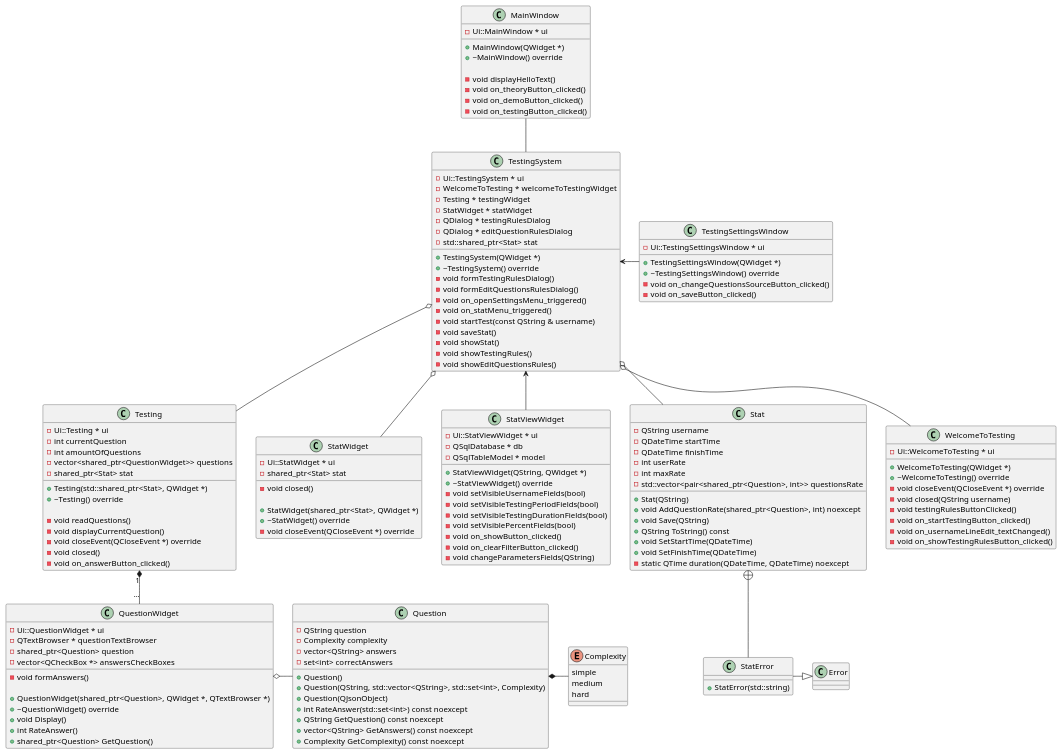
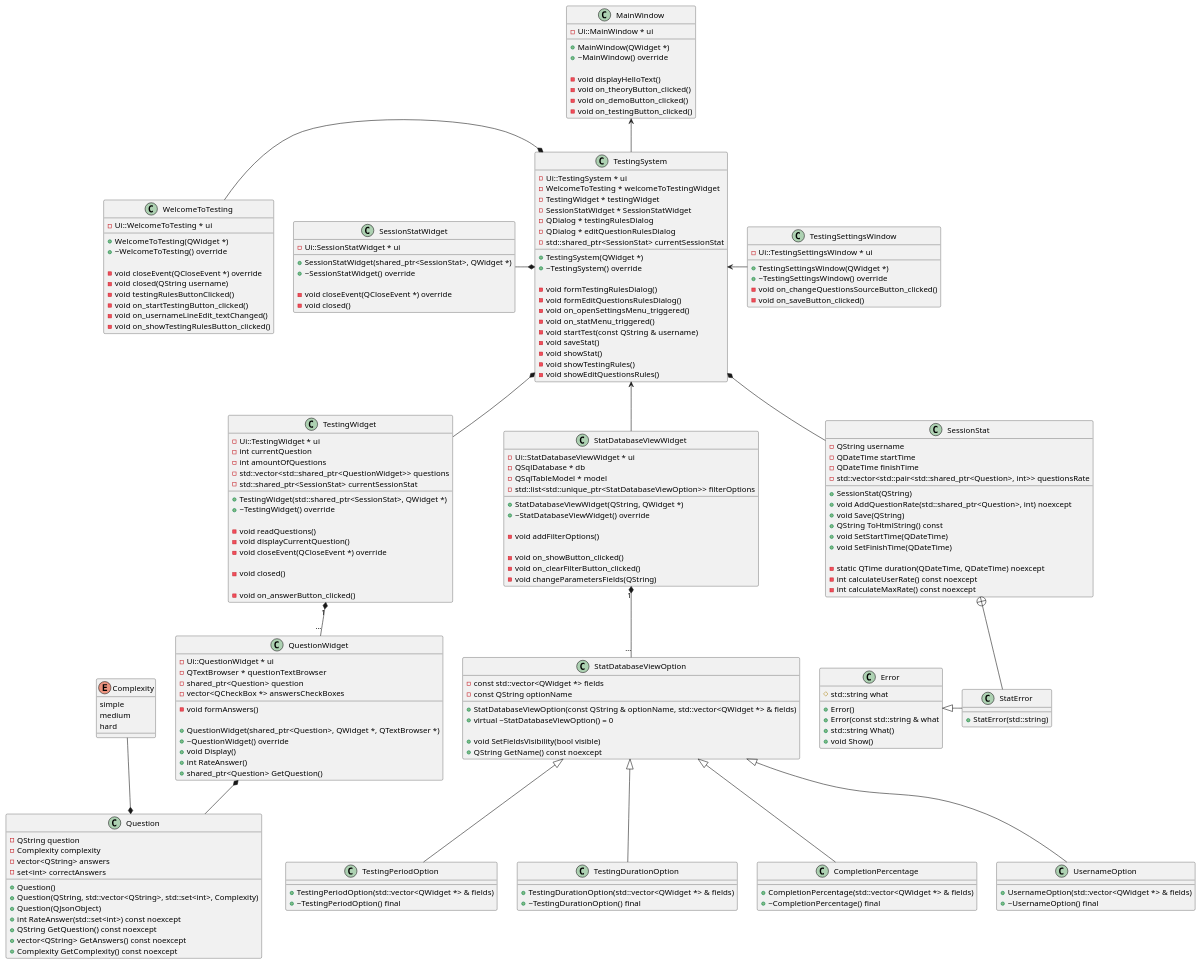
The diagram in doc/testing subsystem class.puml (vany152/Kruskal), drawn with PlantUML before and after one commit. The commit also changed 21 other files, not shown here.

```diff
--- a/doc/testing subsystem class.puml
+++ b/doc/testing subsystem class.puml
@@ -16,14 +16,15 @@
 class TestingSystem {
 	- Ui::TestingSystem * ui
 	- WelcomeToTesting * welcomeToTestingWidget
-	- Testing * testingWidget
-	- StatWidget * statWidget
+	- TestingWidget * testingWidget
+	- SessionStatWidget * SessionStatWidget
 	- QDialog * testingRulesDialog
     - QDialog * editQuestionRulesDialog
-	- std::shared_ptr<Stat> stat
+	- std::shared_ptr<SessionStat> currentSessionStat
 
 	+ TestingSystem(QWidget *)
 	+ ~TestingSystem() override
+
 	- void formTestingRulesDialog()
     - void formEditQuestionsRulesDialog()
 	- void on_openSettingsMenu_triggered()
@@ -34,7 +35,7 @@
 	- void showTestingRules()
     - void showEditQuestionsRules()
 }
-MainWindow -- TestingSystem
+MainWindow <-- TestingSystem
 
 class QuestionWidget {
 	- Ui::QuestionWidget * ui
@@ -49,7 +50,7 @@
 	+ int RateAnswer()
 	+ shared_ptr<Question> GetQuestion()
 }
-Testing "1" *-- "..." QuestionWidget
+TestingWidget "1" *-- "..." QuestionWidget
 
 enum Complexity {
     simple
@@ -70,66 +71,69 @@
 	+ vector<QString> GetAnswers() const noexcept
 	+ Complexity GetComplexity() const noexcept
 }
-Question *- Complexity
-QuestionWidget o- Question
+Question *-up- Complexity
+QuestionWidget *-- Question
 
-class StatWidget {
-    - Ui::StatWidget * ui
-	- shared_ptr<Stat> stat
+class SessionStatWidget {
+    - Ui::SessionStatWidget * ui
+
+	+ SessionStatWidget(shared_ptr<SessionStat>, QWidget *)
+	+ ~SessionStatWidget() override
+
+	- void closeEvent(QCloseEvent *) override
 	- void closed()
+}
+TestingSystem *-left- SessionStatWidget
 
-	+ StatWidget(shared_ptr<Stat>, QWidget *)
-	+ ~StatWidget() override
-	- void closeEvent(QCloseEvent *) override
-}
-TestingSystem o-- StatWidget
-
-class StatViewWidget {
-	- Ui::StatViewWidget * ui
+class StatDatabaseViewWidget {
+	- Ui::StatDatabaseViewWidget * ui
 	- QSqlDatabase * db
 	- QSqlTableModel * model
+	- std::list<std::unique_ptr<StatDatabaseViewOption>> filterOptions
 
-	+ StatViewWidget(QString, QWidget *)
-	+ ~StatViewWidget() override
-	- void setVisibleUsernameFields(bool)
-	- void setVisibleTestingPeriodFields(bool)
-	- void setVisibleTestingDurationFields(bool)
-	- void setVisiblePercentFields(bool)
+	+ StatDatabaseViewWidget(QString, QWidget *)
+	+ ~StatDatabaseViewWidget() override
+
+	- void addFilterOptions()
+
 	- void on_showButton_clicked()
 	- void on_clearFilterButton_clicked()
 	- void changeParametersFields(QString)
 }
-TestingSystem <-- StatViewWidget
+TestingSystem <-- StatDatabaseViewWidget
 
 class StatError {
     + StatError(std::string)
 }
-Error <|-left- StatError
-Stat +-- StatError
+Error <|-right- StatError
+SessionStat +-- StatError
 
-class Stat {
+class SessionStat {
 	- QString username
 	- QDateTime startTime
 	- QDateTime finishTime
-	- int userRate
-	- int maxRate
-	- std::vector<pair<shared_ptr<Question>, int>> questionsRate
+	- std::vector<std::pair<std::shared_ptr<Question>, int>> questionsRate
 
-	+ Stat(QString)
-	+ void AddQuestionRate(shared_ptr<Question>, int) noexcept
+	+ SessionStat(QString)
+	+ void AddQuestionRate(std::shared_ptr<Question>, int) noexcept
 	+ void Save(QString)
-	+ QString ToString() const
+	+ QString ToHtmlString() const
 	+ void SetStartTime(QDateTime)
 	+ void SetFinishTime(QDateTime)
+
 	- static QTime duration(QDateTime, QDateTime) noexcept
+	- int calculateUserRate() const noexcept
+	- int calculateMaxRate() const noexcept
 }
-TestingSystem o-- Stat
+
+TestingSystem *-- SessionStat
 
 class WelcomeToTesting {
 	- Ui::WelcomeToTesting * ui
 
 	+ WelcomeToTesting(QWidget *)
 	+ ~WelcomeToTesting() override
+
 	- void closeEvent(QCloseEvent *) override
 	- void closed(QString username)
 	- void testingRulesButtonClicked()
@@ -137,7 +141,7 @@
 	- void on_usernameLineEdit_textChanged()
 	- void on_showTestingRulesButton_clicked()
 }
-TestingSystem o-- WelcomeToTesting
+TestingSystem *-left- WelcomeToTesting
 
 class TestingSettingsWindow {
 	- Ui::TestingSettingsWindow * ui
@@ -149,22 +153,69 @@
 }
 TestingSystem <- TestingSettingsWindow
 
-class Testing {
-	- Ui::Testing * ui
+class TestingWidget {
+	- Ui::TestingWidget * ui
 	- int currentQuestion
 	- int amountOfQuestions
-	- vector<shared_ptr<QuestionWidget>> questions
-	- shared_ptr<Stat> stat
+	- std::vector<std::shared_ptr<QuestionWidget>> questions
+	- std::shared_ptr<SessionStat> currentSessionStat
 
-    + Testing(std::shared_ptr<Stat>, QWidget *)
-    + ~Testing() override
+    + TestingWidget(std::shared_ptr<SessionStat>, QWidget *)
+    + ~TestingWidget() override
 
 	- void readQuestions()
 	- void displayCurrentQuestion()
 	- void closeEvent(QCloseEvent *) override
+
 	- void closed()
+
 	- void on_answerButton_clicked()
 }
-TestingSystem o-- Testing
+TestingSystem *-- TestingWidget
+
+class StatDatabaseViewOption {
+    - const std::vector<QWidget *> fields
+    - const QString optionName
+
+    + StatDatabaseViewOption(const QString & optionName, std::vector<QWidget *> & fields)
+    + virtual ~StatDatabaseViewOption() = 0
+
+    + void SetFieldsVisibility(bool visible)
+    + QString GetName() const noexcept
+}
+StatDatabaseViewWidget "1" *-- "..." StatDatabaseViewOption
+
+class UsernameOption {
+    + UsernameOption(std::vector<QWidget *> & fields)
+    + ~UsernameOption() final
+}
+StatDatabaseViewOption <|-- UsernameOption
+
+class TestingPeriodOption {
+    + TestingPeriodOption(std::vector<QWidget *> & fields)
+    + ~TestingPeriodOption() final
+}
+StatDatabaseViewOption <|-- TestingPeriodOption
+
+class TestingDurationOption {
+    + TestingDurationOption(std::vector<QWidget *> & fields)
+    + ~TestingDurationOption() final
+}
+StatDatabaseViewOption <|-- TestingDurationOption
+
+class CompletionPercentage {
+    + CompletionPercentage(std::vector<QWidget *> & fields)
+    + ~CompletionPercentage() final
+}
+StatDatabaseViewOption <|-- CompletionPercentage
+
+class Error {
+    # std::string what
+
+    + Error()
+    + Error(const std::string & what
+    + std::string What()
+    + void Show()
+}
 
 @enduml
```
